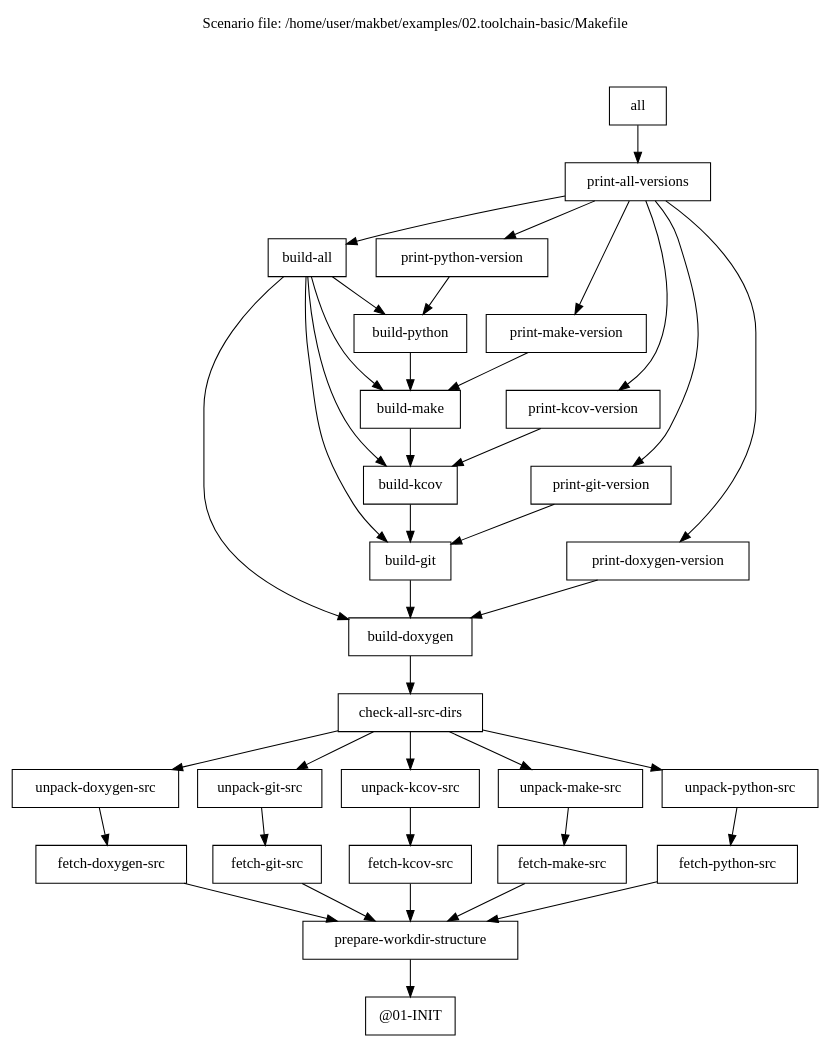
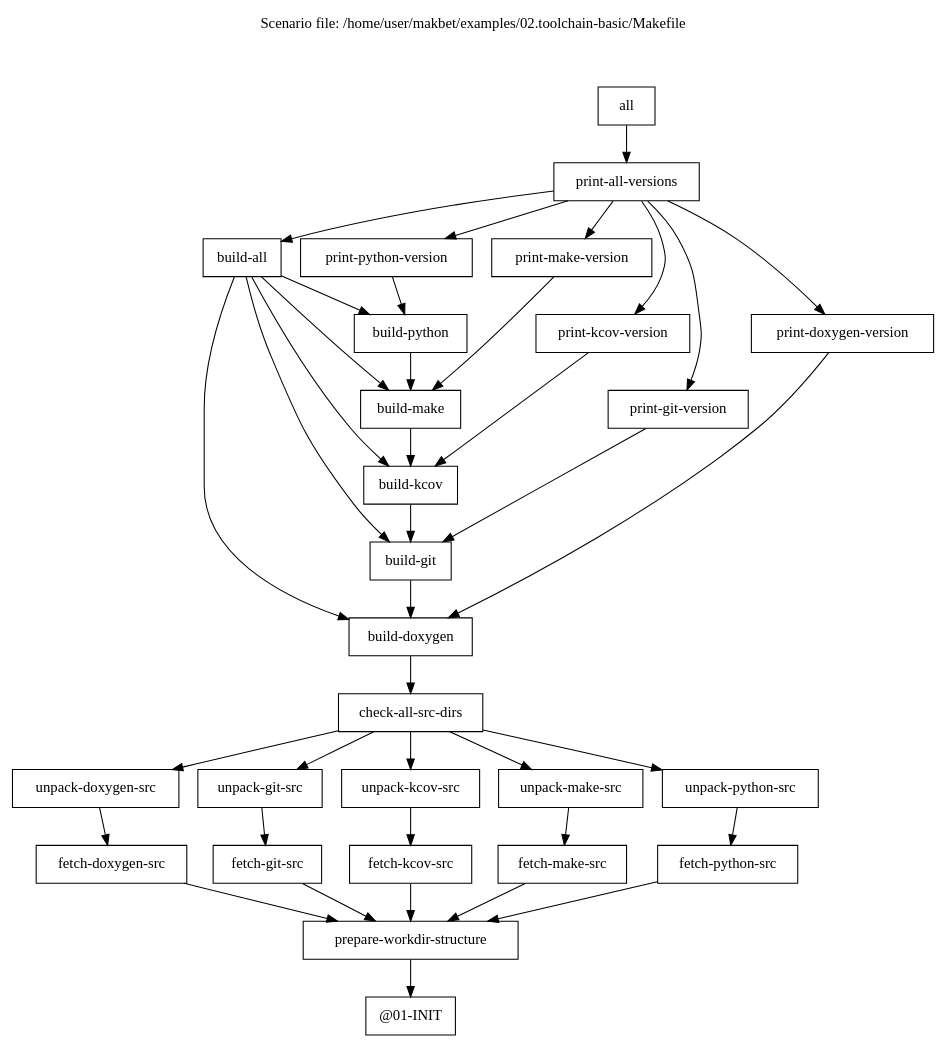
One commit to skaluzka/makbet changed the diagram in docs/examples/02.toolchain-basic/results.dot. Above: the diagram before and after it, drawn with Graphviz. The commit also changed 5 other files, not shown here.

```diff
--- a/docs/examples/02.toolchain-basic/results.dot
+++ b/docs/examples/02.toolchain-basic/results.dot
@@ -1,82 +1,83 @@
 digraph {
 
-// This file has been generated by makbet heads/master-0-g88262d1
-// Generation date: Wed 19 Aug 2020 01:21:07 AM CEST
+// This file has been generated by makbet heads/master-0-g0eba8f3
+// Generation date: Sun Aug 30 11:53:32 PM CEST 2020
 // Scenario file: /home/user/makbet/examples/02.toolchain-basic/Makefile
 
 // Graph title.
 labelloc="t";
 label="Scenario file: /home/user/makbet/examples/02.toolchain-basic/Makefile\n\n\n\n"
 
 // Node options.
 node [shape=box];
+
+
+"@01-INIT";
 
 "all" -> "print-all-versions";
 
 "build-all" -> "build-doxygen";
 "build-all" -> "build-git";
 "build-all" -> "build-kcov";
 "build-all" -> "build-make";
 "build-all" -> "build-python";
 
 "build-doxygen" -> "check-all-src-dirs";
 
 "build-git" -> "build-doxygen";
 
 "build-kcov" -> "build-git";
 
 "build-make" -> "build-kcov";
 
 "build-python" -> "build-make";
 
 "check-all-src-dirs" -> "unpack-doxygen-src";
 "check-all-src-dirs" -> "unpack-git-src";
 "check-all-src-dirs" -> "unpack-kcov-src";
 "check-all-src-dirs" -> "unpack-make-src";
 "check-all-src-dirs" -> "unpack-python-src";
 
 "fetch-doxygen-src" -> "prepare-workdir-structure";
 
 "fetch-git-src" -> "prepare-workdir-structure";
 
 "fetch-kcov-src" -> "prepare-workdir-structure";
 
 "fetch-make-src" -> "prepare-workdir-structure";
 
 "fetch-python-src" -> "prepare-workdir-structure";
 
-"@01-INIT";
-
 "prepare-workdir-structure" -> "@01-INIT";
 
 "print-all-versions" -> "build-all";
 "print-all-versions" -> "print-doxygen-version";
 "print-all-versions" -> "print-git-version";
 "print-all-versions" -> "print-kcov-version";
 "print-all-versions" -> "print-make-version";
 "print-all-versions" -> "print-python-version";
 
 "print-doxygen-version" -> "build-doxygen";
 
 "print-git-version" -> "build-git";
 
 "print-kcov-version" -> "build-kcov";
 
 "print-make-version" -> "build-make";
 
 "print-python-version" -> "build-python";
 
 "unpack-doxygen-src" -> "fetch-doxygen-src";
 
 "unpack-git-src" -> "fetch-git-src";
 
 "unpack-kcov-src" -> "fetch-kcov-src";
 
 "unpack-make-src" -> "fetch-make-src";
 
 "unpack-python-src" -> "fetch-python-src";
 
 }
 
 
 // End of file
```
